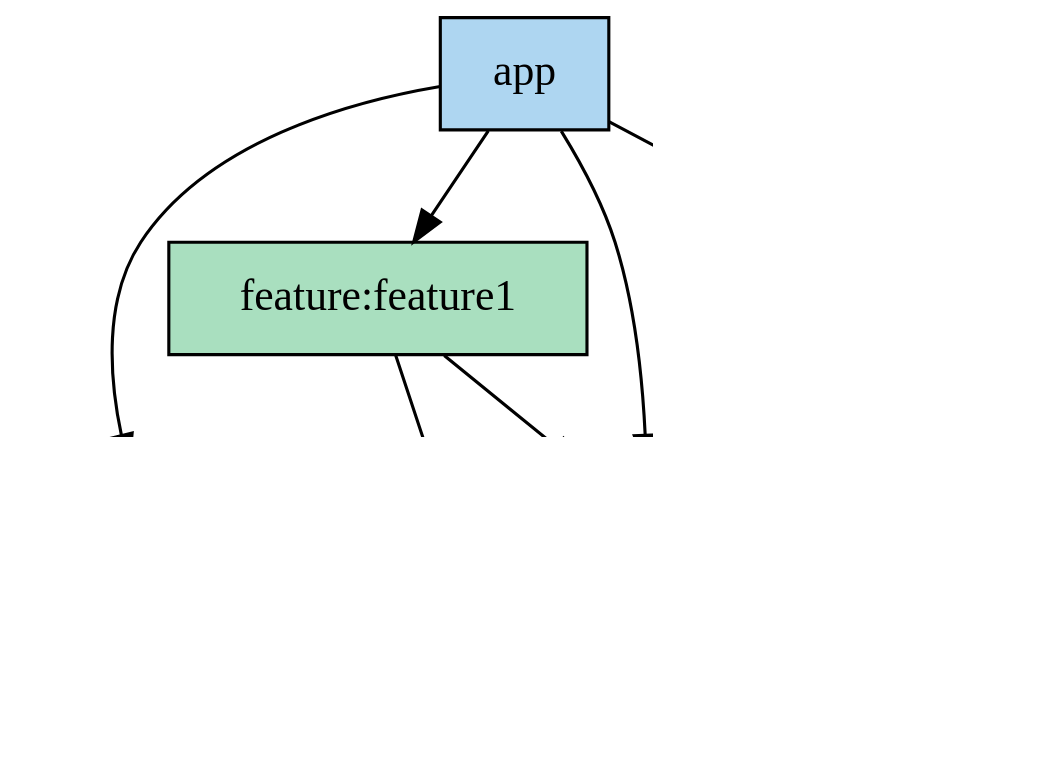
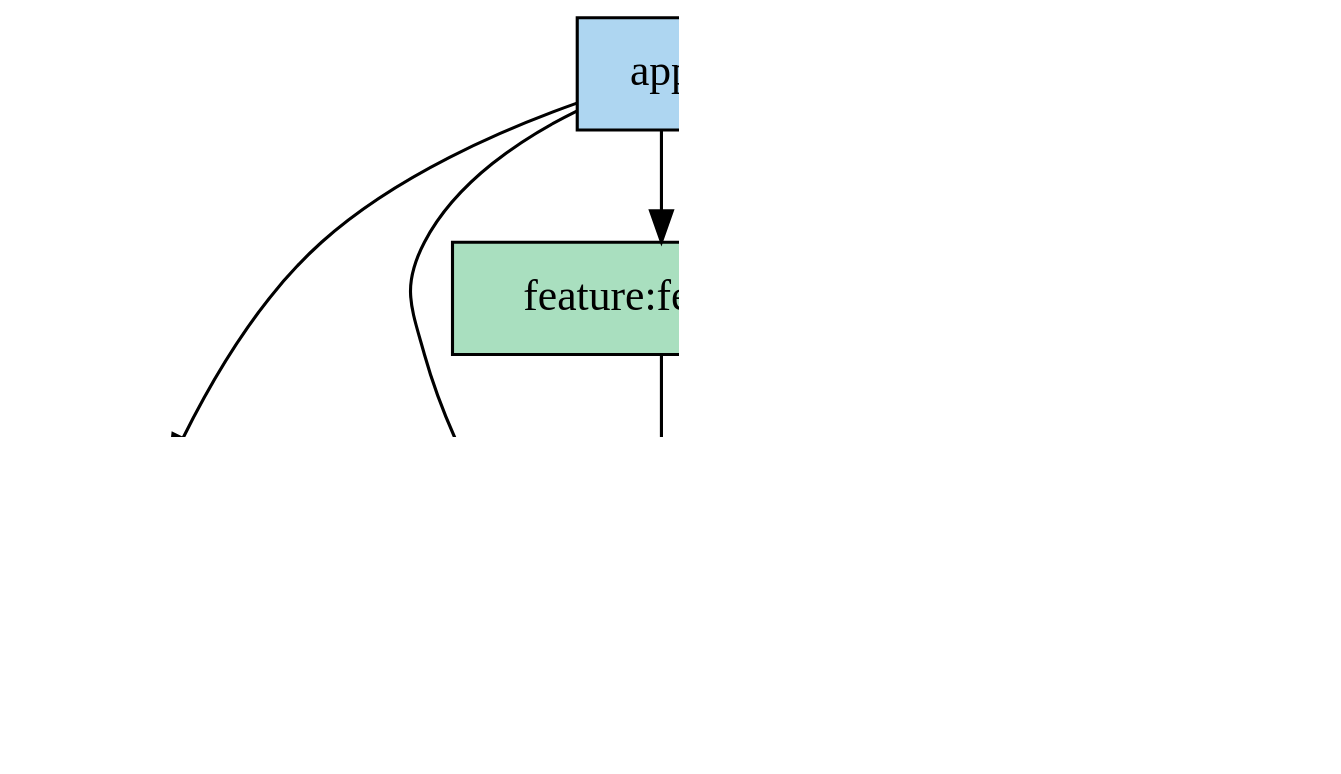
One commit to soma17th-369/Laimory-android changed the diagram in docs/dependency-graph/modules.dot. Above: the diagram before and after it, drawn with Graphviz. The commit also changed 2 other files, not shown here.

```diff
--- a/docs/dependency-graph/modules.dot
+++ b/docs/dependency-graph/modules.dot
@@ -1,24 +1,25 @@
 digraph "modules" {
 edge ["dir"="forward"]
 graph ["dpi"="150" "rankdir"="TB"]
 node ["shape"="rectangle" "style"="filled"]
 
 "app" ["label"="app" "fillcolor"="#AED6F1"]
 "core-data" ["label"="core:data" "fillcolor"="#FAD7A0"]
 "core-domain" ["label"="core:domain" "fillcolor"="#D2B4DE"]
 "core-ui" ["label"="core:ui" "fillcolor"="#FAD7A0"]
 "feature-feature1" ["label"="feature:feature1" "fillcolor"="#A9DFBF"]
 "feature-home" ["label"="feature:home" "fillcolor"="#A9DFBF"]
 
 // edges
 "app" -> "core-data"
+"app" -> "core-domain"
 "app" -> "core-ui"
 "app" -> "feature-feature1"
 "app" -> "feature-home"
 "core-data" -> "core-domain"
 "core-ui" -> "core-domain"
 "feature-feature1" -> "core-domain"
 "feature-feature1" -> "core-ui"
 "feature-home" -> "core-domain"
 "feature-home" -> "core-ui"
 }
```
